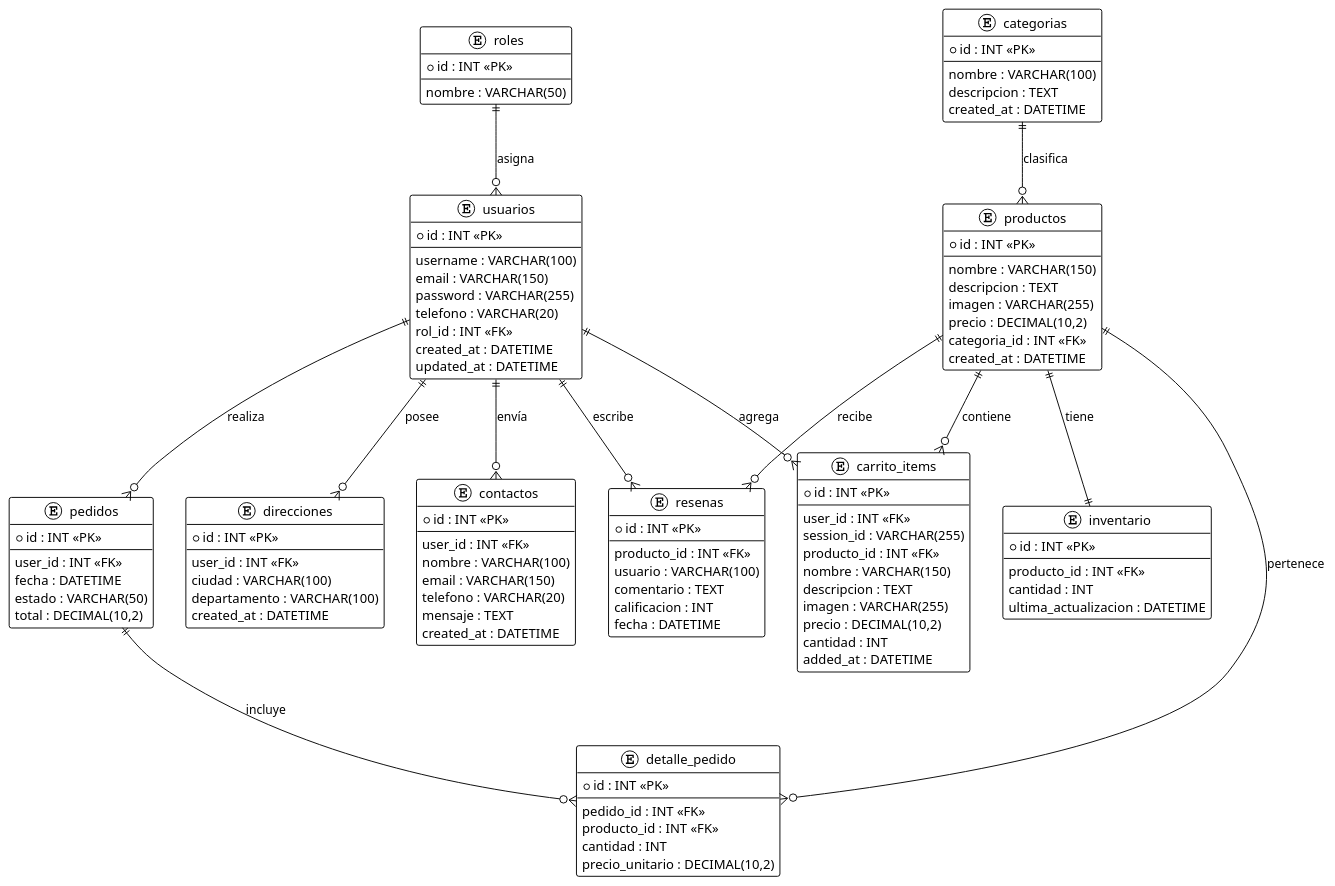
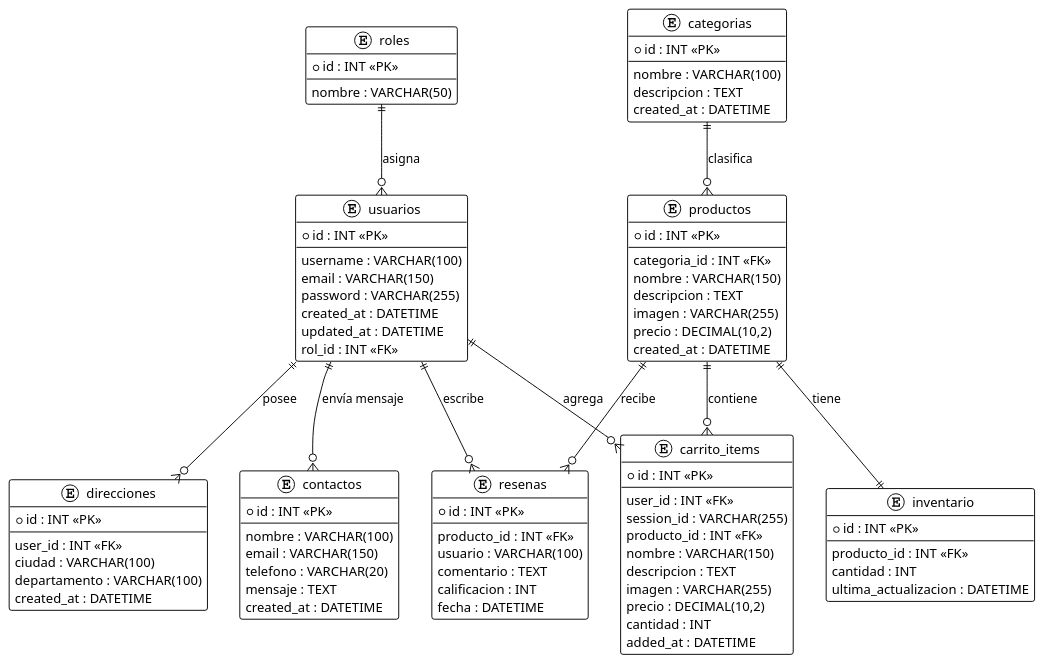
The diagram in muestra.puml (juangrimaldo-glitch/tienda_online), drawn with PlantUML before and after one commit.

Commit message:
terminado-pluml

```diff
--- a/muestra.puml
+++ b/muestra.puml
@@ -1,128 +1,105 @@
 @startuml
 !theme plain
 
 entity "usuarios" as usuarios {
   *id : INT <<PK>>
   --
   username : VARCHAR(100)
   email : VARCHAR(150)
   password : VARCHAR(255)
-  telefono : VARCHAR(20)
-  rol_id : INT <<FK>>
   created_at : DATETIME
   updated_at : DATETIME
+  rol_id : INT <<FK>>
 }
 
 entity "roles" as roles {
   *id : INT <<PK>>
   --
   nombre : VARCHAR(50)
 }
 
 entity "categorias" as categorias {
   *id : INT <<PK>>
   --
   nombre : VARCHAR(100)
   descripcion : TEXT
   created_at : DATETIME
 }
 
 entity "productos" as productos {
   *id : INT <<PK>>
   --
+  categoria_id : INT <<FK>>
   nombre : VARCHAR(150)
   descripcion : TEXT
   imagen : VARCHAR(255)
   precio : DECIMAL(10,2)
-  categoria_id : INT <<FK>>
   created_at : DATETIME
 }
 
 entity "inventario" as inventario {
   *id : INT <<PK>>
   --
   producto_id : INT <<FK>>
   cantidad : INT
   ultima_actualizacion : DATETIME
 }
 
 entity "carrito_items" as carrito_items {
   *id : INT <<PK>>
   --
   user_id : INT <<FK>>
   session_id : VARCHAR(255)
   producto_id : INT <<FK>>
   nombre : VARCHAR(150)
   descripcion : TEXT
   imagen : VARCHAR(255)
   precio : DECIMAL(10,2)
   cantidad : INT
   added_at : DATETIME
 }
 
-entity "pedidos" as pedidos {
-  *id : INT <<PK>>
-  --
-  user_id : INT <<FK>>
-  fecha : DATETIME
-  estado : VARCHAR(50)
-  total : DECIMAL(10,2)
-}
-
-entity "detalle_pedido" as detalle_pedido {
-  *id : INT <<PK>>
-  --
-  pedido_id : INT <<FK>>
-  producto_id : INT <<FK>>
-  cantidad : INT
-  precio_unitario : DECIMAL(10,2)
-}
-
 entity "direcciones" as direcciones {
   *id : INT <<PK>>
   --
   user_id : INT <<FK>>
   ciudad : VARCHAR(100)
   departamento : VARCHAR(100)
   created_at : DATETIME
 }
 
 entity "contactos" as contactos {
   *id : INT <<PK>>
   --
-  user_id : INT <<FK>>
   nombre : VARCHAR(100)
   email : VARCHAR(150)
   telefono : VARCHAR(20)
   mensaje : TEXT
   created_at : DATETIME
 }
 
 entity "resenas" as resenas {
   *id : INT <<PK>>
   --
   producto_id : INT <<FK>>
   usuario : VARCHAR(100)
   comentario : TEXT
   calificacion : INT
   fecha : DATETIME
 }
 
 ' ========================
 ' Relaciones
 ' ========================
 
 roles ||--o{ usuarios : "asigna"
 categorias ||--o{ productos : "clasifica"
 productos ||--|| inventario : "tiene"
 usuarios ||--o{ carrito_items : "agrega"
 productos ||--o{ carrito_items : "contiene"
-usuarios ||--o{ pedidos : "realiza"
-pedidos ||--o{ detalle_pedido : "incluye"
-productos ||--o{ detalle_pedido : "pertenece"
 usuarios ||--o{ direcciones : "posee"
-usuarios ||--o{ contactos : "envía"
+usuarios ||--o{ contactos : "envía mensaje"
 productos ||--o{ resenas : "recibe"
 usuarios ||--o{ resenas : "escribe"
 
 @enduml
```
